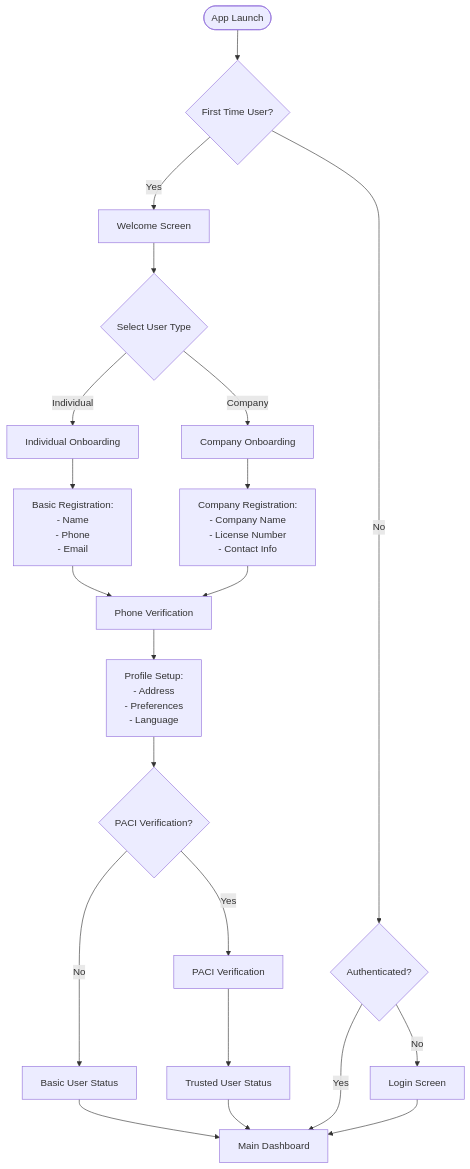
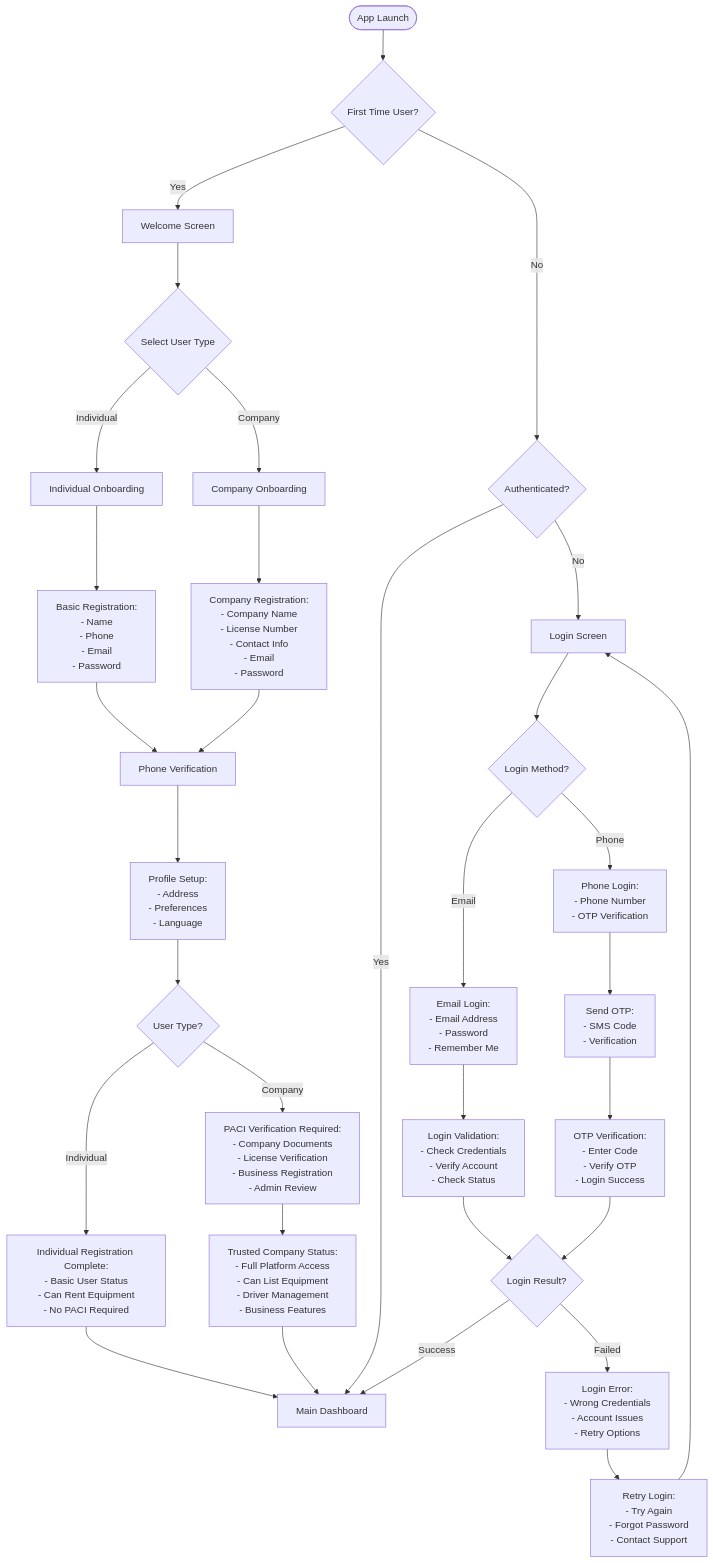
One commit to engaotb/YARDR changed the first of 25 diagrams in 04_User_Experience_Flows.md. Above: the diagram before and after it, drawn with Mermaid. The commit also changed other lines of this file, not shown here.

First line of the commit message:
Fix authentication and PACI verification flows

````diff
--- a/04_User_Experience_Flows.md
+++ b/04_User_Experience_Flows.md
@@ -35,31 +36,47 @@
 ```mermaid
 flowchart TD
     Start([App Launch]) --> FirstTime{First Time User?}
     
     FirstTime -->|Yes| Welcome[Welcome Screen]
     FirstTime -->|No| AuthCheck{Authenticated?}
     
     Welcome --> UserType{Select User Type}
     UserType -->|Individual| IndividualOnboarding[Individual Onboarding]
     UserType -->|Company| CompanyOnboarding[Company Onboarding]
     
-    IndividualOnboarding --> BasicRegistration[Basic Registration:<br/>- Name<br/>- Phone<br/>- Email]
-    CompanyOnboarding --> CompanyRegistration[Company Registration:<br/>- Company Name<br/>- License Number<br/>- Contact Info]
+    IndividualOnboarding --> BasicRegistration[Basic Registration:<br/>- Name<br/>- Phone<br/>- Email<br/>- Password]
+    CompanyOnboarding --> CompanyRegistration[Company Registration:<br/>- Company Name<br/>- License Number<br/>- Contact Info<br/>- Email<br/>- Password]
     
     BasicRegistration --> PhoneVerification[Phone Verification]
     CompanyRegistration --> PhoneVerification
     
     PhoneVerification --> ProfileSetup[Profile Setup:<br/>- Address<br/>- Preferences<br/>- Language]
     
-    ProfileSetup --> PACIOption{PACI Verification?}
-    PACIOption -->|Yes| PACIFlow[PACI Verification]
-    PACIOption -->|No| BasicUser[Basic User Status]
+    ProfileSetup --> UserTypeCheck{User Type?}
+    UserTypeCheck -->|Individual| IndividualComplete[Individual Registration Complete:<br/>- Basic User Status<br/>- Can Rent Equipment<br/>- No PACI Required]
+    UserTypeCheck -->|Company| PACIVerification[PACI Verification Required:<br/>- Company Documents<br/>- License Verification<br/>- Business Registration<br/>- Admin Review]
     
-    PACIFlow --> TrustedUser[Trusted User Status]
-    BasicUser --> Dashboard[Main Dashboard]
-    TrustedUser --> Dashboard
+    IndividualComplete --> Dashboard[Main Dashboard]
+    PACIVerification --> TrustedCompany[Trusted Company Status:<br/>- Full Platform Access<br/>- Can List Equipment<br/>- Driver Management<br/>- Business Features]
+    TrustedCompany --> Dashboard
     
     AuthCheck -->|Yes| Dashboard
     AuthCheck -->|No| Login[Login Screen]
-    Login --> Dashboard
+    Login --> LoginMethod{Login Method?}
+    LoginMethod -->|Email| EmailLogin[Email Login:<br/>- Email Address<br/>- Password<br/>- Remember Me]
+    LoginMethod -->|Phone| PhoneLogin[Phone Login:<br/>- Phone Number<br/>- OTP Verification]
+    
+    EmailLogin --> LoginValidation[Login Validation:<br/>- Check Credentials<br/>- Verify Account<br/>- Check Status]
+    PhoneLogin --> SendOTP[Send OTP:<br/>- SMS Code<br/>- Verification]
+    
+    SendOTP --> OTPVerification[OTP Verification:<br/>- Enter Code<br/>- Verify OTP<br/>- Login Success]
+    
+    LoginValidation --> LoginResult{Login Result?}
+    OTPVerification --> LoginResult
+    
+    LoginResult -->|Success| Dashboard
+    LoginResult -->|Failed| LoginError[Login Error:<br/>- Wrong Credentials<br/>- Account Issues<br/>- Retry Options]
+    
+    LoginError --> RetryLogin[Retry Login:<br/>- Try Again<br/>- Forgot Password<br/>- Contact Support]
+    RetryLogin --> Login
 ```
````
